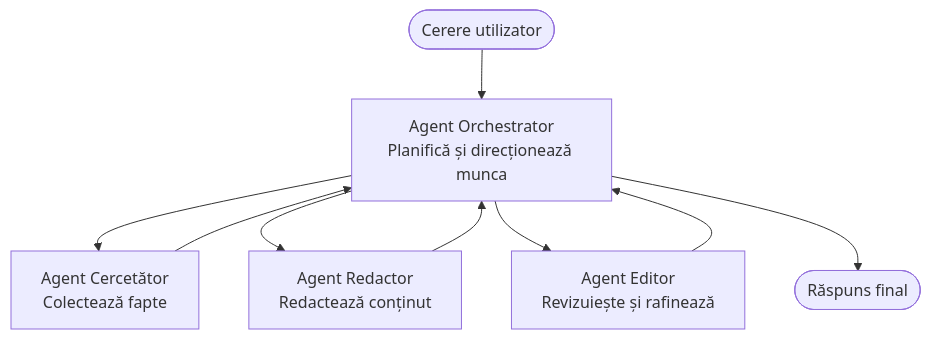
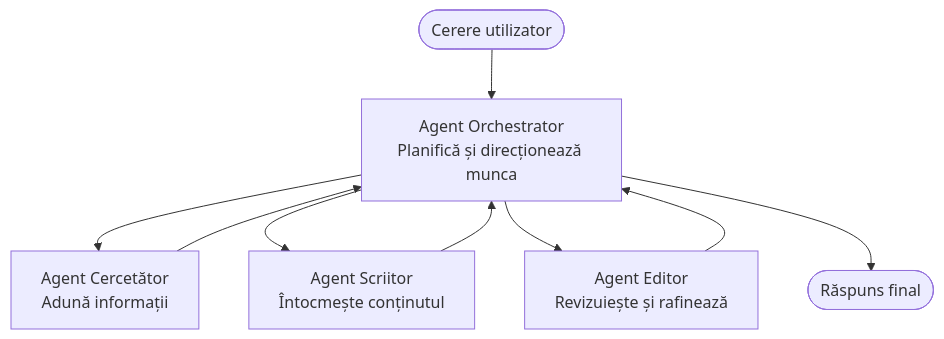
The diagram in translations/ro/docs/chapter-05-multi-agent/multi-agent-basics.md (microsoft/AZD-for-beginners), drawn with Mermaid before and after one commit. The commit also changed other lines of this file and 59 other files, not shown here.

````diff
--- a/translations/ro/docs/chapter-05-multi-agent/multi-agent-basics.md
+++ b/translations/ro/docs/chapter-05-multi-agent/multi-agent-basics.md
@@ -43,11 +43,11 @@
 ```mermaid
 graph TD
     User([Cerere utilizator]) --> Orchestrator[Agent Orchestrator<br/>Planifică și direcționează munca]
-    Orchestrator --> Researcher[Agent Cercetător<br/>Colectează fapte]
-    Orchestrator --> Writer[Agent Redactor<br/>Redactează conținut]
+    Orchestrator --> Researcher[Agent Cercetător<br/>Adună informații]
+    Orchestrator --> Writer[Agent Scriitor<br/>Întocmește conținutul]
     Orchestrator --> Editor[Agent Editor<br/>Revizuiește și rafinează]
     Researcher --> Orchestrator
     Writer --> Orchestrator
     Editor --> Orchestrator
     Orchestrator --> Result([Răspuns final])
 ```
````
